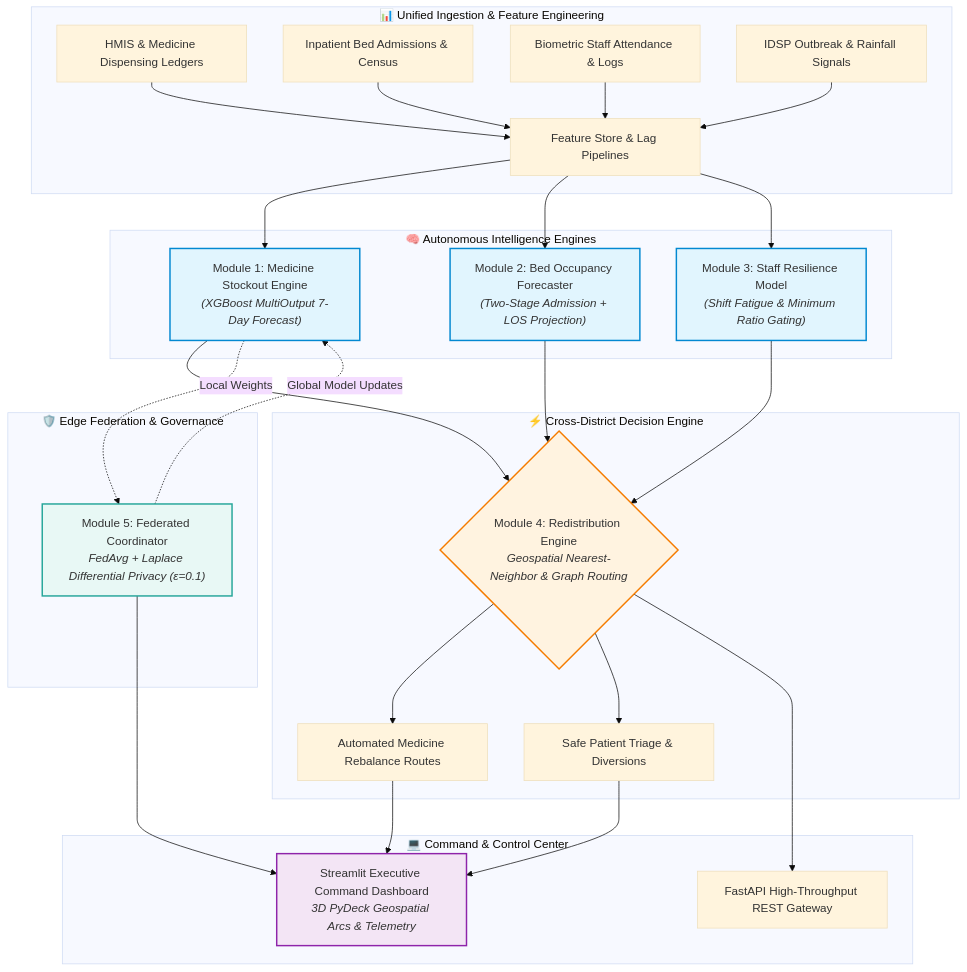
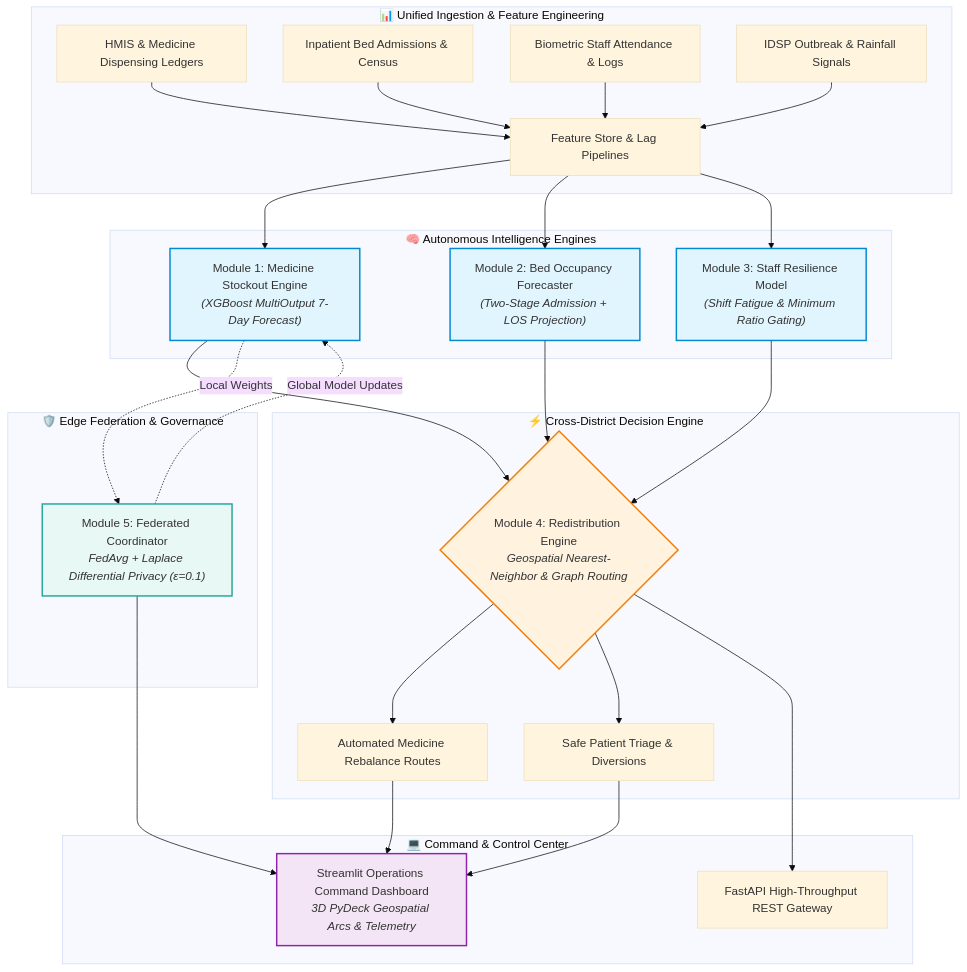
The diagram in README.md (DhruvPatel0110/Google-CFC2-RASMALAI), drawn with Mermaid (base theme) before and after one commit. The commit also changed other lines of this file, not shown here.

````diff
--- a/README.md
+++ b/README.md
@@ -29,42 +38,42 @@
 ```mermaid
 graph TD
     subgraph Data Layer ["📊 Unified Ingestion & Feature Engineering"]
         D1[HMIS & Medicine Dispensing Ledgers] --> FS[Feature Store & Lag Pipelines]
         D2[Inpatient Bed Admissions & Census] --> FS
         D3[Biometric Staff Attendance & Logs] --> FS
         D4[IDSP Outbreak & Rainfall Signals] --> FS
     end
 
     subgraph Intelligence Core ["🧠 Autonomous Intelligence Engines"]
         FS --> M1["Module 1: Medicine Stockout Engine<br/><i>(XGBoost MultiOutput 7-Day Forecast)</i>"]
         FS --> M2["Module 2: Bed Occupancy Forecaster<br/><i>(Two-Stage Admission + LOS Projection)</i>"]
         FS --> M3["Module 3: Staff Resilience Model<br/><i>(Shift Fatigue & Minimum Ratio Gating)</i>"]
     end
 
     subgraph Optimization Layer ["⚡ Cross-District Decision Engine"]
         M1 --> M4{"Module 4: Redistribution Engine<br/><i>Geospatial Nearest-Neighbor & Graph Routing</i>"}
         M2 --> M4
         M3 --> M4
         M4 --> Rec1[Automated Medicine Rebalance Routes]
         M4 --> Rec2[Safe Patient Triage & Diversions]
     end
 
     subgraph Privacy Layer ["🛡️ Edge Federation & Governance"]
         M1 -. Local Weights .-> M5["Module 5: Federated Coordinator<br/><i>FedAvg + Laplace Differential Privacy (ε=0.1)</i>"]
         M5 -. Global Model Updates .-> M1
     end
 
     subgraph Presentation Layer ["💻 Command & Control Center"]
-        Rec1 --> UI["Streamlit Executive Command Dashboard<br/><i>3D PyDeck Geospatial Arcs & Telemetry</i>"]
+        Rec1 --> UI["Streamlit Operations Command Dashboard<br/><i>3D PyDeck Geospatial Arcs & Telemetry</i>"]
         Rec2 --> UI
         M5 --> UI
         M4 --> API["FastAPI High-Throughput REST Gateway"]
     end
 
     style M1 fill:#e1f5fe,stroke:#0288d1,stroke-width:2px
     style M2 fill:#e1f5fe,stroke:#0288d1,stroke-width:2px
     style M3 fill:#e1f5fe,stroke:#0288d1,stroke-width:2px
     style M4 fill:#fff3e0,stroke:#f57c00,stroke-width:2px
     style M5 fill:#e8f8f5,stroke:#26a69a,stroke-width:2px
     style UI fill:#f3e5f5,stroke:#8e24aa,stroke-width:2px
 ```
````
